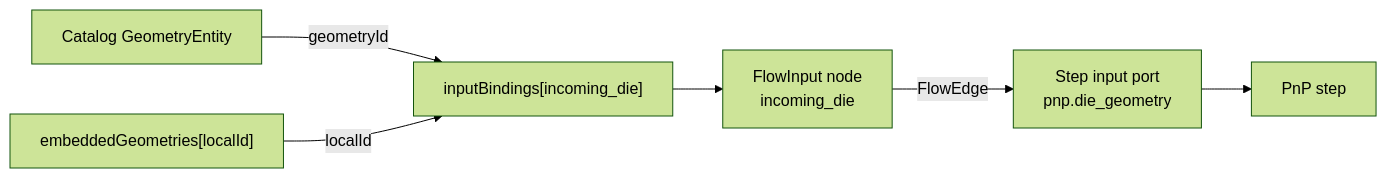
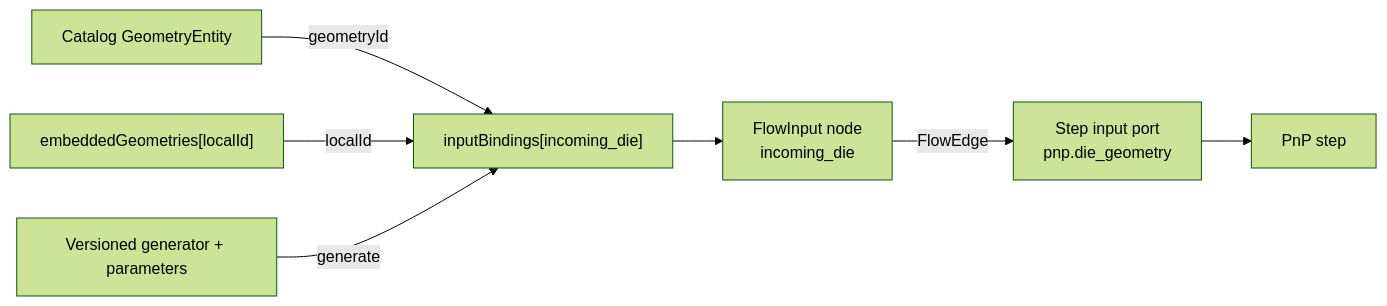
The fourth of 6 diagrams in docs/data-model.md (henry861010/process_flow_v2), drawn with Mermaid (forest theme) before and after one commit. The commit also changed other lines of this file and 37 other files, not shown here.

````diff
--- a/docs/data-model.md
+++ b/docs/data-model.md
@@ -277,8 +277,9 @@
 ```mermaid
 flowchart LR
   Catalog["Catalog GeometryEntity"] -->|"geometryId"| Binding["inputBindings[incoming_die]"]
   Embedded["embeddedGeometries[localId]"] -->|"localId"| Binding
+  Generator["Versioned generator + parameters"] -->|"generate"| Binding
   Binding --> Input["FlowInput node<br/>incoming_die"]
   Input -->|"FlowEdge"| Port["Step input port<br/>pnp.die_geometry"]
   Port --> Step["PnP step"]
 ```
````
